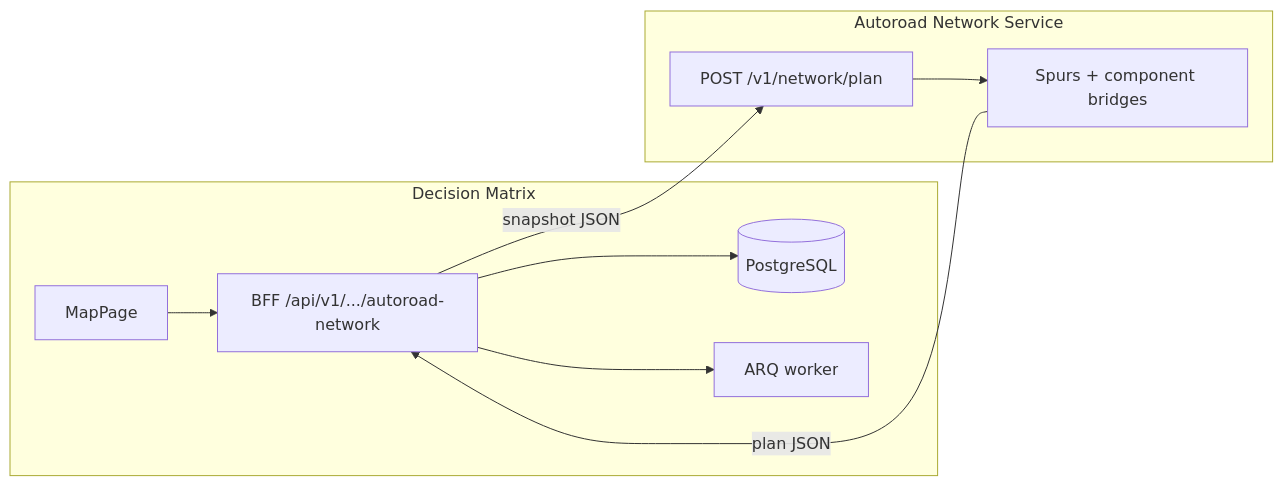
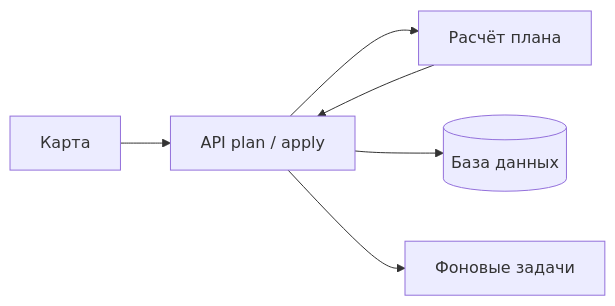
The first of 2 diagrams in docs/autoroad-network-plan.md (Mekcuka/Scaning), drawn with Mermaid before and after one commit. The commit also changed other lines of this file and 19 other files, not shown here.

First line of the commit message:
Autoroad network: MST+Steiner geometry, T-junction repair, map preview.

````diff
--- a/docs/autoroad-network-plan.md
+++ b/docs/autoroad-network-plan.md
@@ -46,19 +357,8 @@
 ```mermaid
 flowchart LR
-  subgraph dm [Decision Matrix]
-    UI[MapPage]
-    BFF["BFF /api/v1/.../autoroad-network"]
-    DB[(PostgreSQL)]
-    Worker[ARQ worker]
-  end
-  subgraph ans [Autoroad Network Service]
-    PlanAPI["POST /v1/network/plan"]
-    Planner[Spurs + component bridges]
-  end
-  UI --> BFF
-  BFF -->|"snapshot JSON"| PlanAPI
-  PlanAPI --> Planner
-  Planner -->|"plan JSON"| BFF
-  BFF --> DB
-  BFF --> Worker
+  UI[Карта] --> API[API plan / apply]
+  API --> Plan[Расчёт плана]
+  Plan --> API
+  API --> DB[(База данных)]
+  API --> Jobs[Фоновые задачи]
 ```
````
